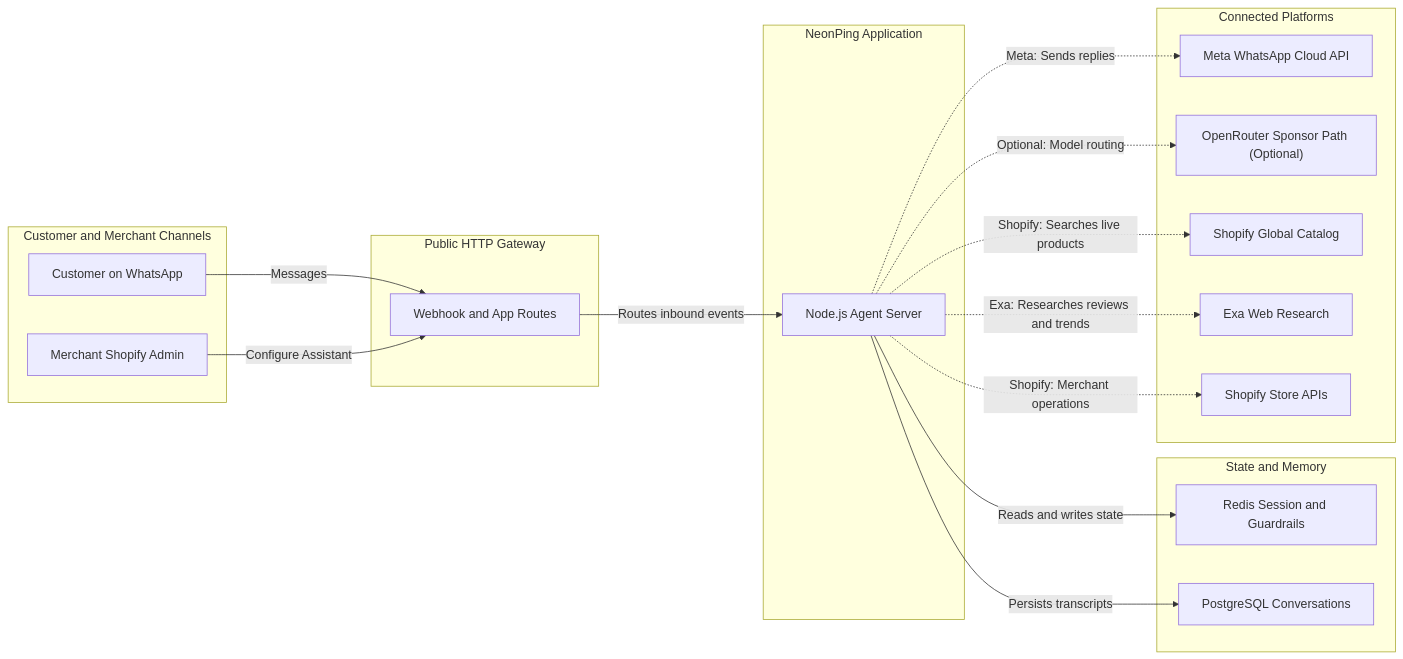
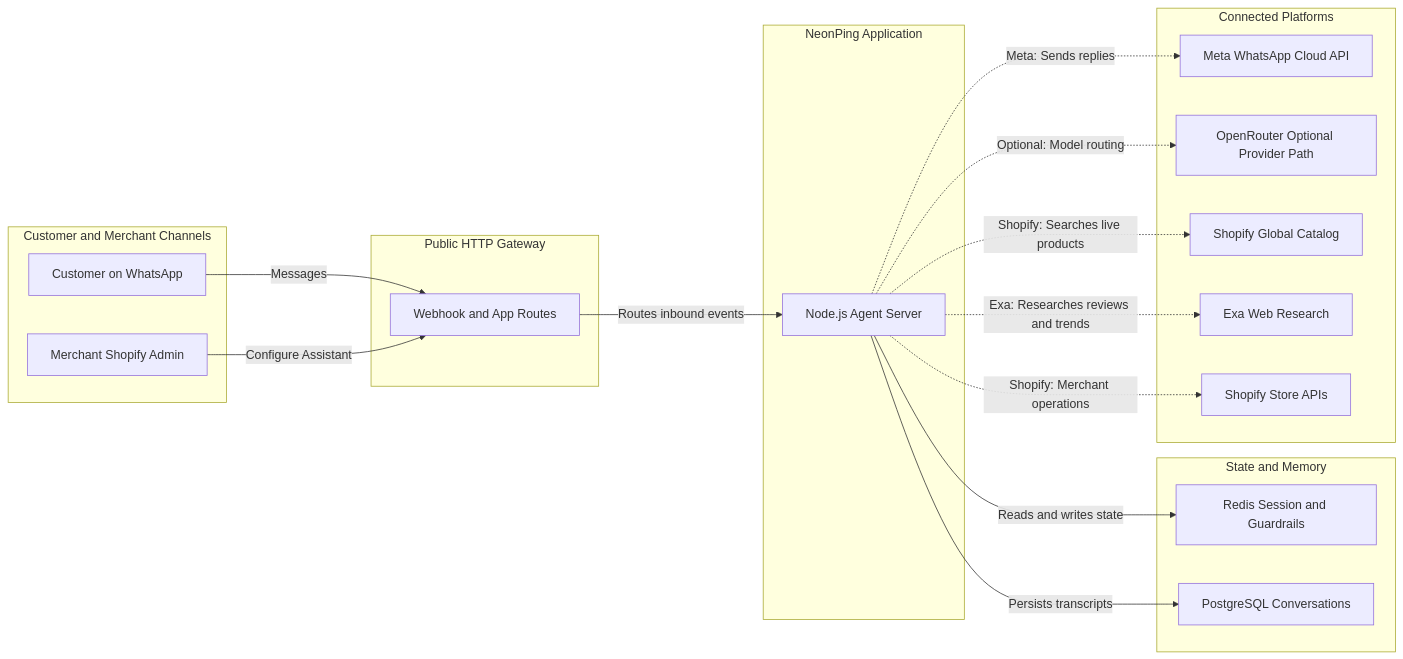
One commit to Yash3561/agents changed the diagram in README.md. Above: the diagram before and after it, drawn with Mermaid. The commit also changed other lines of this file, not shown here.

Commit message:
docs: refine README provider language

````diff
--- a/README.md
+++ b/README.md
@@ -59,39 +59,39 @@
 ```mermaid
 flowchart LR
   subgraph client ["Customer and Merchant Channels"]
     customer["Customer on WhatsApp"]
     admin["Merchant Shopify Admin"]
   end
 
   subgraph gateway ["Public HTTP Gateway"]
     webhook["Webhook and App Routes"]
   end
 
   subgraph service ["NeonPing Application"]
     appServer["Node.js Agent Server"]
   end
 
   subgraph datastore ["State and Memory"]
     redis["Redis Session and Guardrails"]
     postgres["PostgreSQL Conversations"]
   end
 
   subgraph external ["Connected Platforms"]
     meta["Meta WhatsApp Cloud API"]
-    openrouter["OpenRouter Sponsor Path (Optional)"]
+    openrouter["OpenRouter Optional Provider Path"]
     catalog["Shopify Global Catalog"]
     exa["Exa Web Research"]
     shopify["Shopify Store APIs"]
   end
 
   customer -->|"Messages"| webhook
   admin -->|"Configure Assistant"| webhook
   webhook -->|"Routes inbound events"| appServer
   appServer -->|"Reads and writes state"| redis
   appServer -->|"Persists transcripts"| postgres
   appServer -.->|"Meta: Sends replies"| meta
   appServer -.->|"Optional: Model routing"| openrouter
   appServer -.->|"Shopify: Searches live products"| catalog
   appServer -.->|"Exa: Researches reviews and trends"| exa
   appServer -.->|"Shopify: Merchant operations"| shopify
 ```
````
